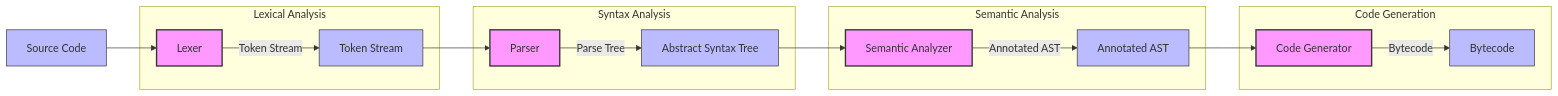
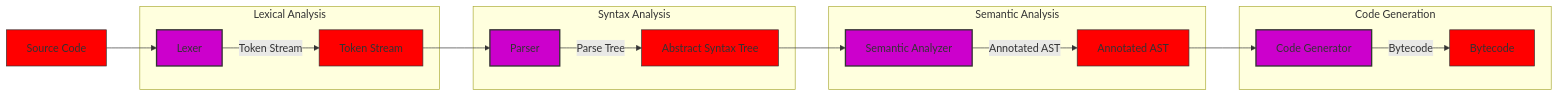
Before and after one commit to 1neskk/SPL: the second of 2 diagrams in README.md, drawn with Mermaid.

Commit message:
Enhanced diagram visualization

````diff
--- a/README.md
+++ b/README.md
@@ -77,32 +77,32 @@
 ```mermaid
 flowchart LR
     Input[Source Code] --> Lexer
     
     subgraph "Lexical Analysis"
         Lexer[Lexer] -->|Token Stream| TokenStream[Token Stream]
     end
     
     TokenStream --> Parser
     
     subgraph "Syntax Analysis"
         Parser[Parser] -->|Parse Tree| SyntaxTree[Abstract Syntax Tree]
     end
     
     SyntaxTree --> Semantic
     
     subgraph "Semantic Analysis"
         Semantic[Semantic Analyzer] -->|Annotated AST| AnnotatedAST[Annotated AST]
     end
     
     AnnotatedAST --> CodeGen
     
     subgraph "Code Generation"
         CodeGen[Code Generator] -->|Bytecode| Assembly[Bytecode]
     end
     
-    classDef phase fill:#f9f,stroke:#333,stroke-width:2px;
-    classDef data fill:#bbf,stroke:#333,stroke-width:1px;
+    classDef phase fill:#cc00cc,stroke:#333,stroke-width:2px;
+    classDef data fill:#ff0000,stroke:#333,stroke-width:1px;
     
     class Lexer,Parser,Semantic,CodeGen phase;
     class Input,TokenStream,SyntaxTree,AnnotatedAST,Assembly data;
 ```
````
